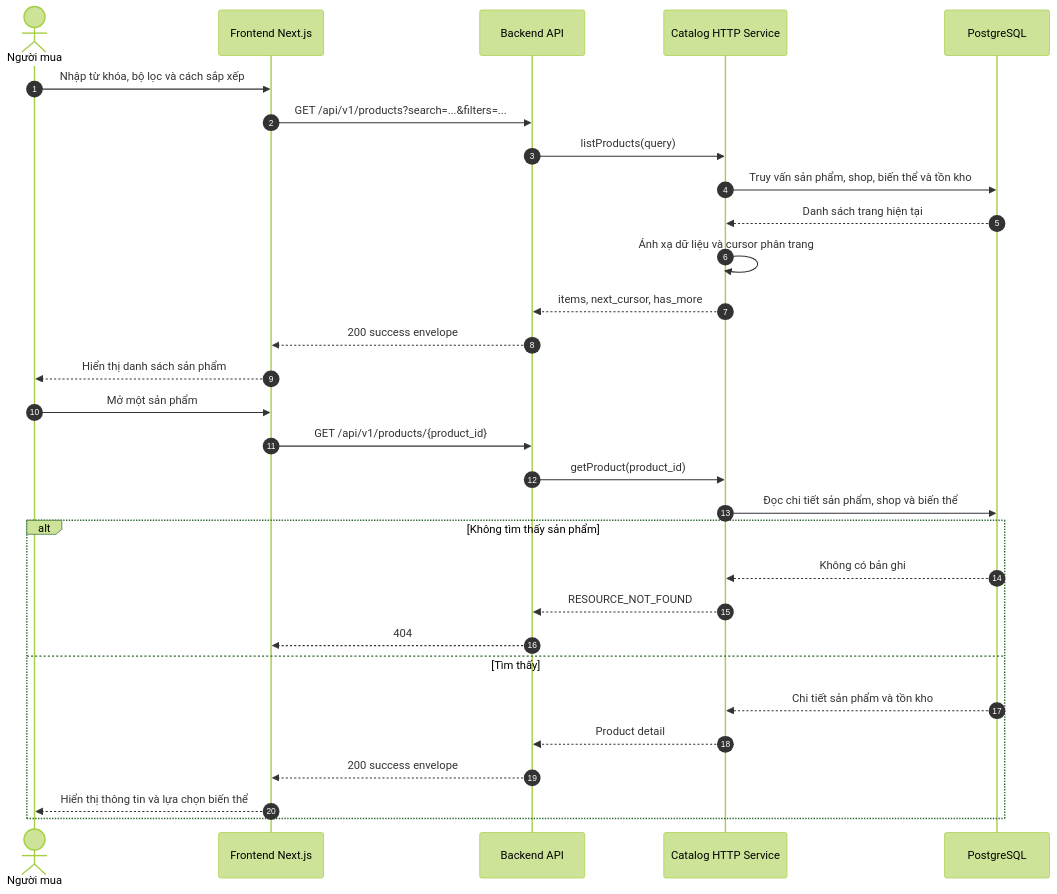
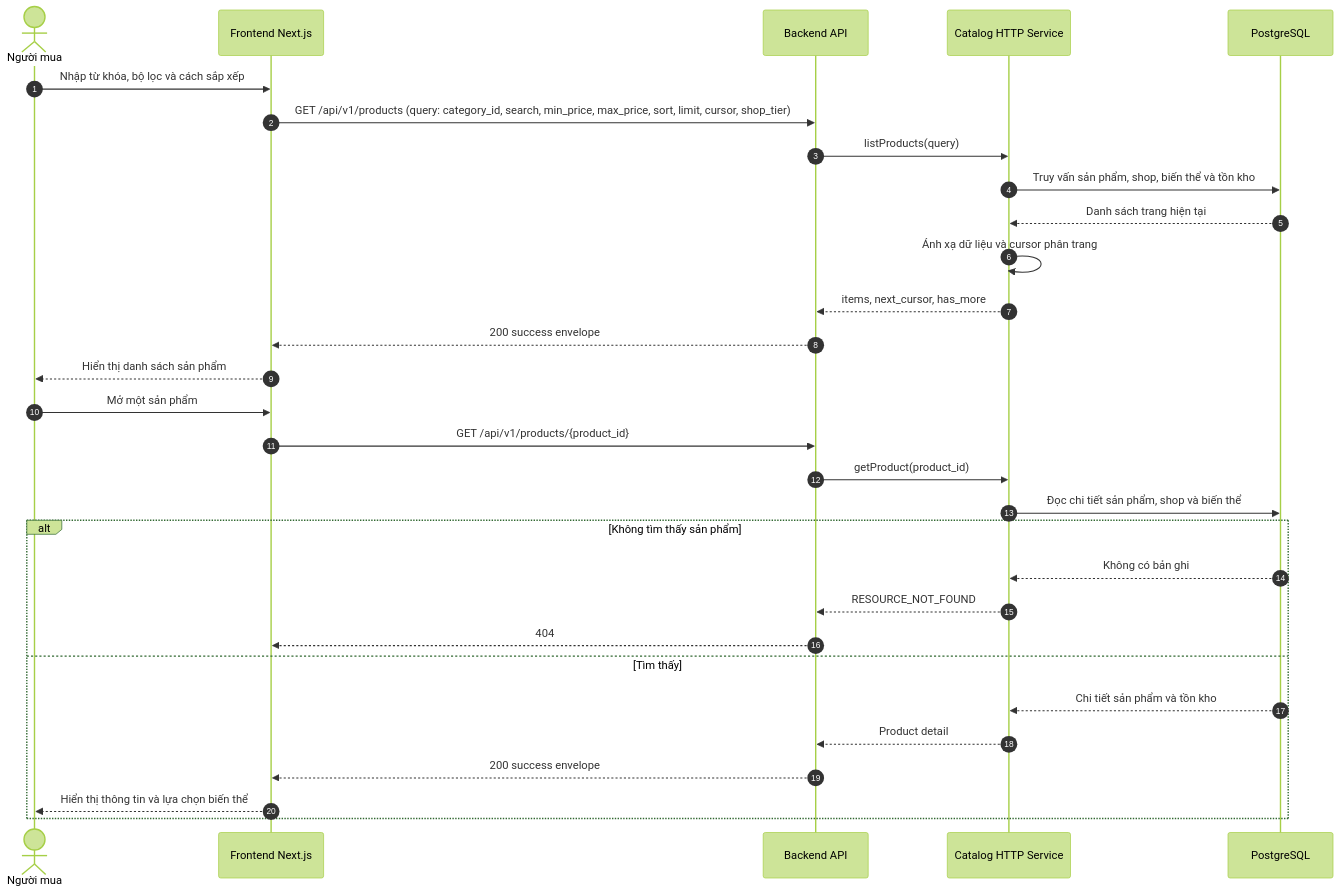
The diagram in docs/sequence-diagrams/02-tim-kiem-va-xem-san-pham.md (lwd7071/e-commerce-platform), drawn with Mermaid (forest theme) before and after one commit. The commit also changed 8 other files, not shown here.

Commit message:
docs: correct sequence diagrams and add viewer

````diff
--- a/docs/sequence-diagrams/02-tim-kiem-va-xem-san-pham.md
+++ b/docs/sequence-diagrams/02-tim-kiem-va-xem-san-pham.md
@@ -3,34 +3,34 @@
 ```mermaid
 sequenceDiagram
     autonumber
     actor Buyer as Người mua
     participant FE as Frontend Next.js
     participant API as Backend API
     participant Catalog as Catalog HTTP Service
     participant DB as PostgreSQL
 
     Buyer->>FE: Nhập từ khóa, bộ lọc và cách sắp xếp
-    FE->>API: GET /api/v1/products?search=...&filters=...
+    FE->>API: GET /api/v1/products (query: category_id, search, min_price, max_price, sort, limit, cursor, shop_tier)
     API->>Catalog: listProducts(query)
     Catalog->>DB: Truy vấn sản phẩm, shop, biến thể và tồn kho
     DB-->>Catalog: Danh sách trang hiện tại
     Catalog->>Catalog: Ánh xạ dữ liệu và cursor phân trang
     Catalog-->>API: items, next_cursor, has_more
     API-->>FE: 200 success envelope
     FE-->>Buyer: Hiển thị danh sách sản phẩm
 
     Buyer->>FE: Mở một sản phẩm
     FE->>API: GET /api/v1/products/{product_id}
     API->>Catalog: getProduct(product_id)
     Catalog->>DB: Đọc chi tiết sản phẩm, shop và biến thể
     alt Không tìm thấy sản phẩm
         DB-->>Catalog: Không có bản ghi
         Catalog-->>API: RESOURCE_NOT_FOUND
         API-->>FE: 404
     else Tìm thấy
         DB-->>Catalog: Chi tiết sản phẩm và tồn kho
         Catalog-->>API: Product detail
         API-->>FE: 200 success envelope
         FE-->>Buyer: Hiển thị thông tin và lựa chọn biến thể
     end
 ```
````
